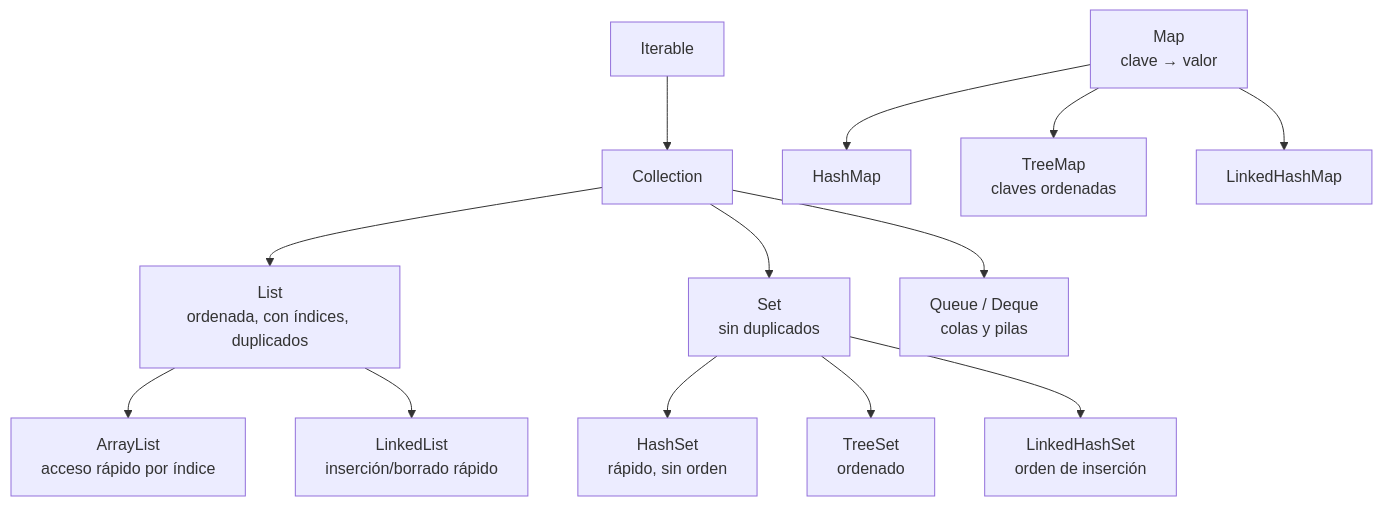
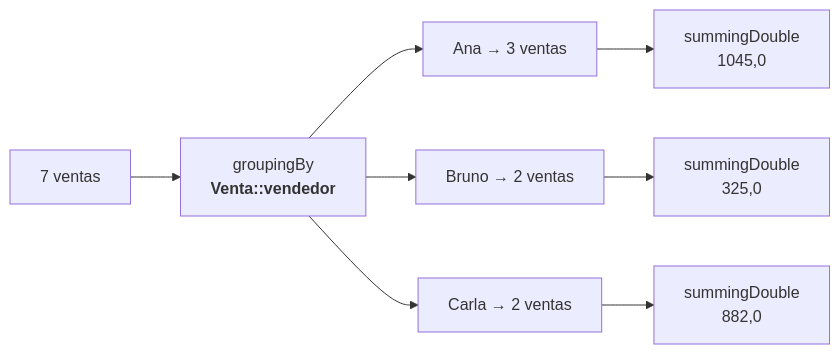
The second of 2 diagrams in docs/ut3/01-estructuras-de-datos.md (campusdevfp/dwes2627), drawn with Mermaid before and after one commit. The commit also changed other lines of this file and 22 other files, not shown here.

````diff
--- a/docs/ut3/01-estructuras-de-datos.md
+++ b/docs/ut3/01-estructuras-de-datos.md
@@ -7,16 +91,10 @@
 ```mermaid
-flowchart TD
-    I["Iterable"] --> C["Collection"]
-    C --> L["List<br/>ordenada, con índices, duplicados"]
-    C --> S["Set<br/>sin duplicados"]
-    C --> Q["Queue / Deque<br/>colas y pilas"]
-    M["Map<br/>clave → valor"]
-    L --> AL["ArrayList<br/>acceso rápido por índice"]
-    L --> LL["LinkedList<br/>inserción/borrado rápido"]
-    S --> HS["HashSet<br/>rápido, sin orden"]
-    S --> TS["TreeSet<br/>ordenado"]
-    S --> LHS["LinkedHashSet<br/>orden de inserción"]
-    M --> HM["HashMap"]
-    M --> TM["TreeMap<br/>claves ordenadas"]
-    M --> LHM["LinkedHashMap"]
+flowchart LR
+    V["7 ventas"] --> G["groupingBy<br/><b>Venta::vendedor</b>"]
+    G --> A["Ana → 3 ventas"]
+    G --> B["Bruno → 2 ventas"]
+    G --> C["Carla → 2 ventas"]
+    A --> S1["summingDouble<br/>1045,0"]
+    B --> S2["summingDouble<br/>325,0"]
+    C --> S3["summingDouble<br/>882,0"]
 ```
````
